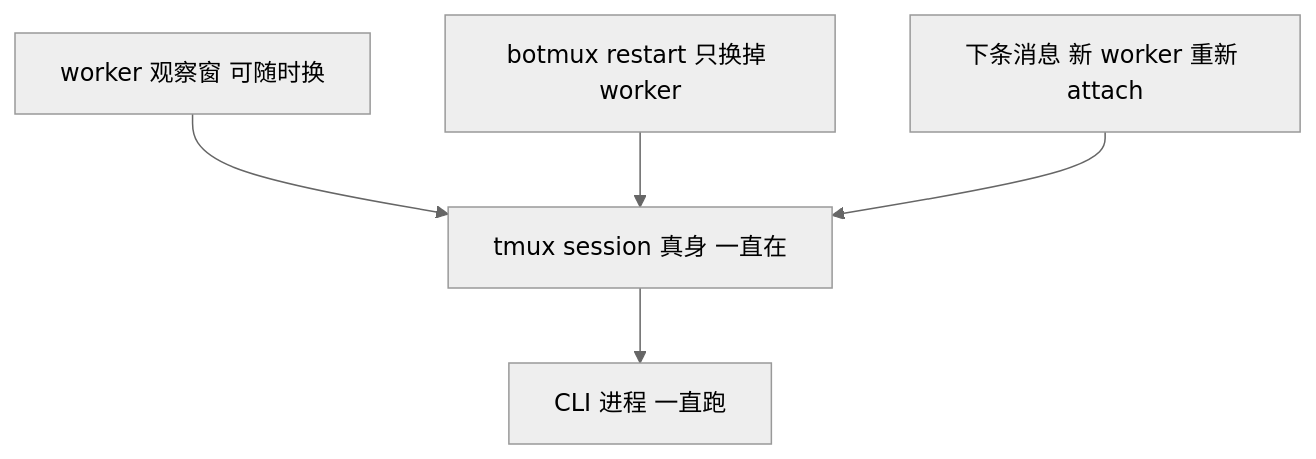
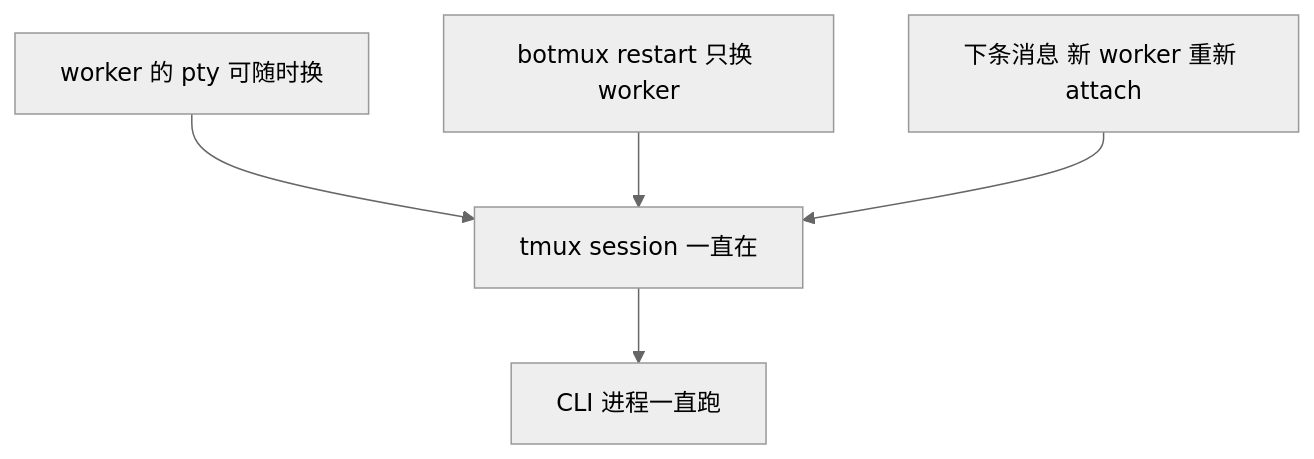
The fourth of 8 diagrams in book/05-botmux.md (diguike/book-source-reading), drawn with Mermaid (neutral theme) before and after one commit. The commit also changed other lines of this file and 14 other files, not shown here.

````diff
--- a/book/05-botmux.md
+++ b/book/05-botmux.md
@@ -416,7 +323,7 @@
 ```mermaid
 graph TB
-    W[worker 观察窗 可随时换] --> S[tmux session 真身 一直在]
-    S --> C[CLI 进程 一直跑]
-    R[botmux restart 只换掉 worker] --> S
+    W[worker 的 pty 可随时换] --> S[tmux session 一直在]
+    S --> C[CLI 进程一直跑]
+    R[botmux restart 只换 worker] --> S
     M[下条消息 新 worker 重新 attach] --> S
 ```
````
